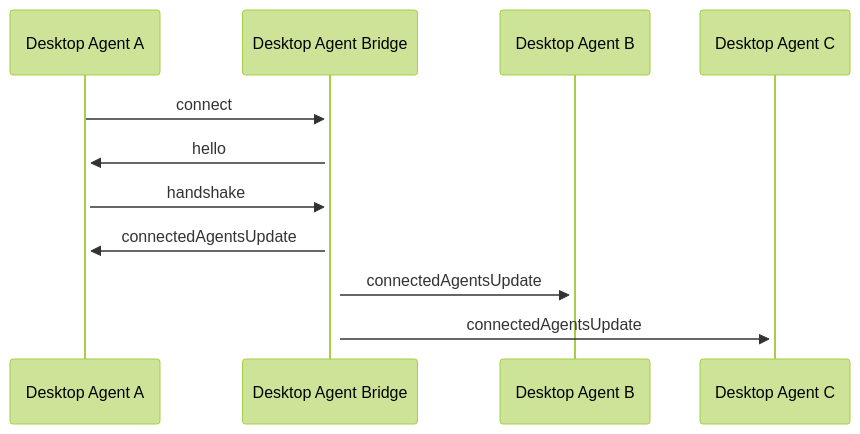
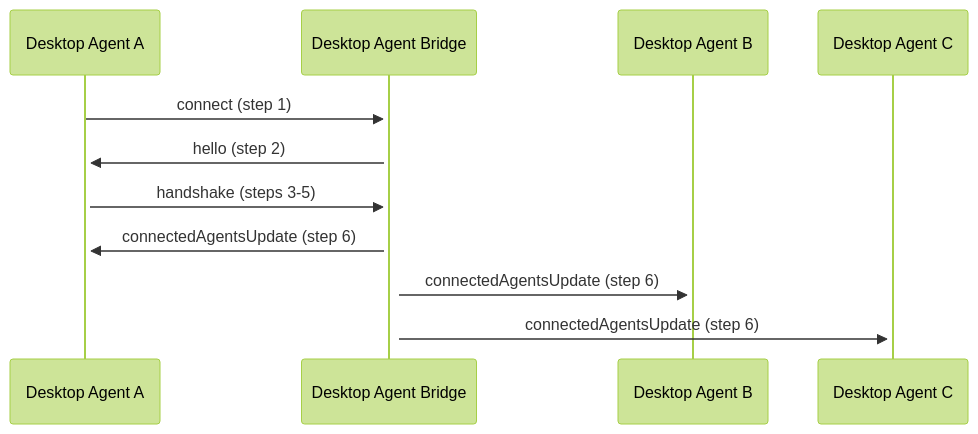
The second of 8 diagrams in docs/api-bridging/spec.md (finos/FDC3), drawn with Mermaid (forest theme) before and after one commit. The commit also changed other lines of this file, not shown here.

````diff
--- a/docs/api-bridging/spec.md
+++ b/docs/api-bridging/spec.md
@@ -129,14 +130,13 @@
 ```mermaid
 sequenceDiagram
     participant DA as Desktop Agent A
     participant DAB as Desktop Agent Bridge
     participant DB as Desktop Agent B
     participant DC as Desktop Agent C
-    DA ->>+ DAB: connect
-    DAB ->>+ DA: hello
-    DA ->>+ DAB: handshake
-    DAB ->>+ DA: connectedAgentsUpdate
-    DAB ->>+ DB: connectedAgentsUpdate
-    DAB ->>+ DC: connectedAgentsUpdate
-
+    DA ->>+ DAB: connect (step 1)
+    DAB ->>+ DA: hello (step 2)
+    DA ->>+ DAB: handshake (steps 3-5)
+    DAB ->>+ DA: connectedAgentsUpdate (step 6)
+    DAB ->>+ DB: connectedAgentsUpdate (step 6)
+    DAB ->>+ DC: connectedAgentsUpdate (step 6)
 ```
````
